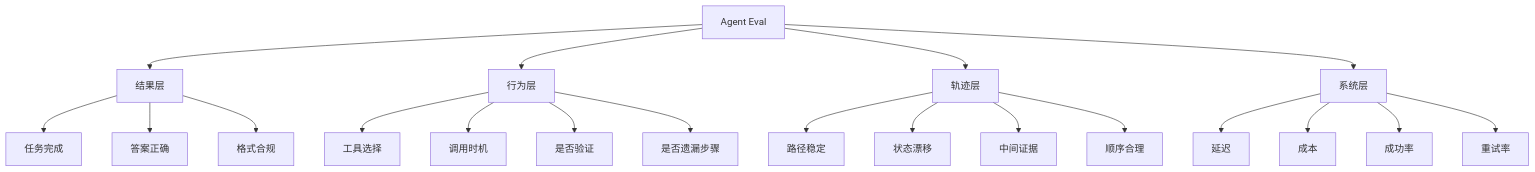
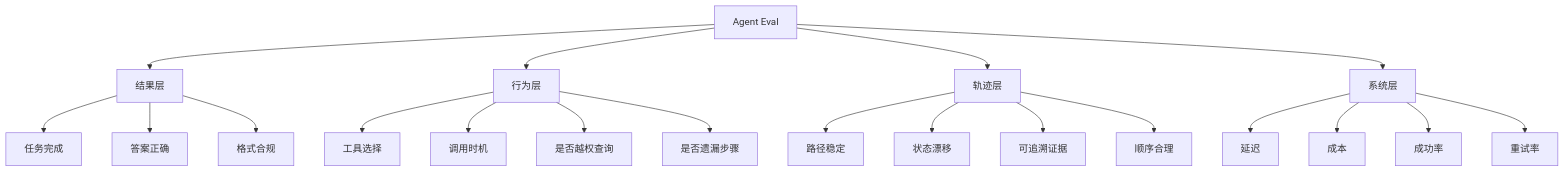
One commit to xiaoqianbaobao/ai-guide changed the third of 3 diagrams in docs/06-eval-evolution/agentic-eval-design.md. Above: the diagram before and after it, drawn with Mermaid. The commit also changed other lines of this file, not shown here.

````diff
--- a/docs/06-eval-evolution/agentic-eval-design.md
+++ b/docs/06-eval-evolution/agentic-eval-design.md
@@ -175,23 +118,23 @@
 ```mermaid
 flowchart TD
     A[Agent Eval]
     A --> B[结果层]
     A --> C[行为层]
     A --> D[轨迹层]
     A --> E[系统层]
     B --> B1[任务完成]
     B --> B2[答案正确]
     B --> B3[格式合规]
     C --> C1[工具选择]
     C --> C2[调用时机]
-    C --> C3[是否验证]
+    C --> C3[是否越权查询]
     C --> C4[是否遗漏步骤]
     D --> D1[路径稳定]
     D --> D2[状态漂移]
-    D --> D3[中间证据]
+    D --> D3[可追溯证据]
     D --> D4[顺序合理]
     E --> E1[延迟]
     E --> E2[成本]
     E --> E3[成功率]
     E --> E4[重试率]
 ```
````
